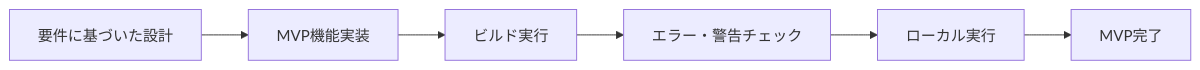
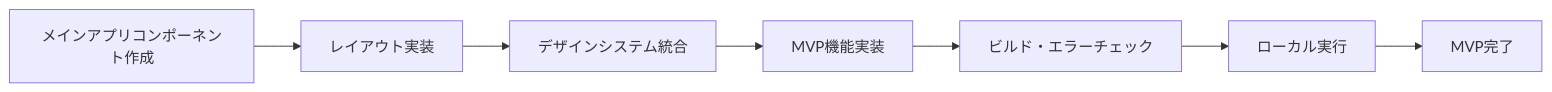
One commit to PLUG365/DecisionFlow changed the third of 11 diagrams in README.md. Above: the diagram before and after it, drawn with Mermaid. The commit also changed other lines of this file, not shown here.

````diff
--- a/README.md
+++ b/README.md
@@ -38,8 +45,9 @@
 ```mermaid
 graph LR
-    A[要件に基づいた設計] --> B[MVP機能実装]
-    B --> C[ビルド実行]
-    C --> D[エラー・警告チェック]
-    D --> E[ローカル実行]
-    E --> F[MVP完了]
+    A[メインアプリコンポーネント作成] --> B[レイアウト実装]
+    B --> C[デザインシステム統合]
+    C --> D[MVP機能実装]
+    D --> E[ビルド・エラーチェック]
+    E --> F[ローカル実行]
+    F --> G[MVP完了]
 ```
````
